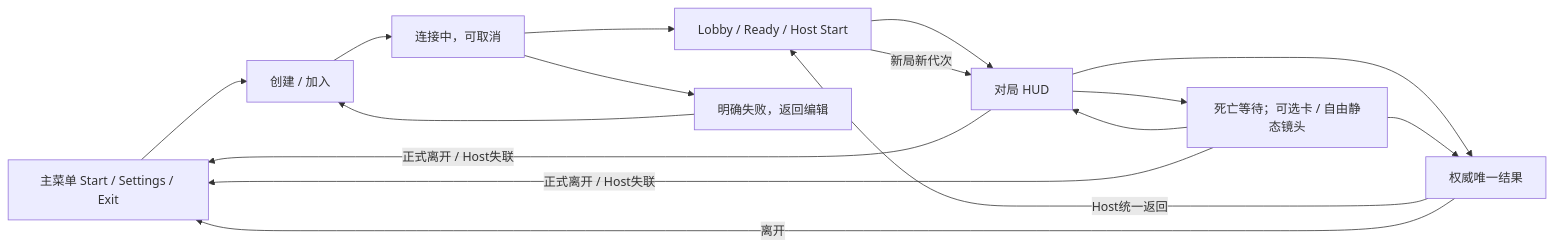
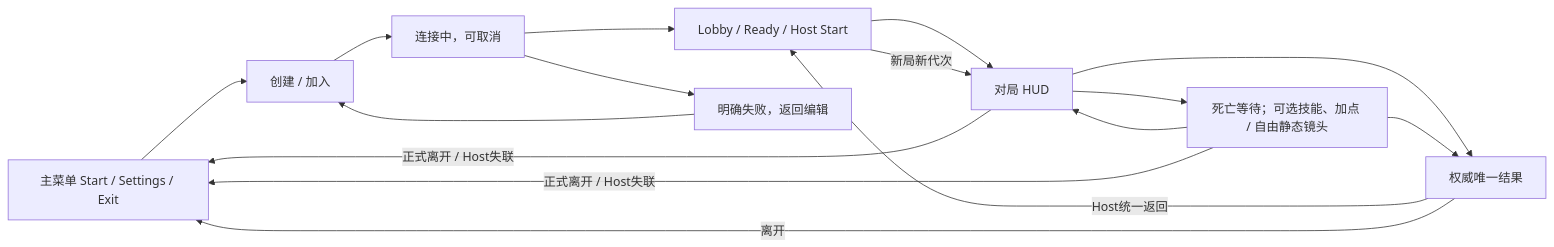
The diagram in docs/demo/UI_AND_SETTINGS.md (rlsn/Lockdown-alpha), drawn with Mermaid before and after one commit. The commit also changed other lines of this file and 35 other files, not shown here.

````diff
--- a/docs/demo/UI_AND_SETTINGS.md
+++ b/docs/demo/UI_AND_SETTINGS.md
@@ -64,18 +64,18 @@
 ```mermaid
 flowchart LR
     Main["主菜单 Start / Settings / Exit"] --> Start["创建 / 加入"]
     Start --> Connecting["连接中，可取消"]
     Connecting --> Lobby["Lobby / Ready / Host Start"]
     Connecting --> Failure["明确失败，返回编辑"]
     Failure --> Start
     Lobby --> Playing["对局 HUD"]
-    Playing --> Death["死亡等待；可选卡 / 自由静态镜头"]
+    Playing --> Death["死亡等待；可选技能、加点 / 自由静态镜头"]
     Death --> Playing
     Playing --> Result["权威唯一结果"]
     Death --> Result
     Result -->|Host统一返回| Lobby
     Lobby -->|新局新代次| Playing
     Playing -->|正式离开 / Host失联| Main
     Death -->|正式离开 / Host失联| Main
     Result -->|离开| Main
 ```
````
